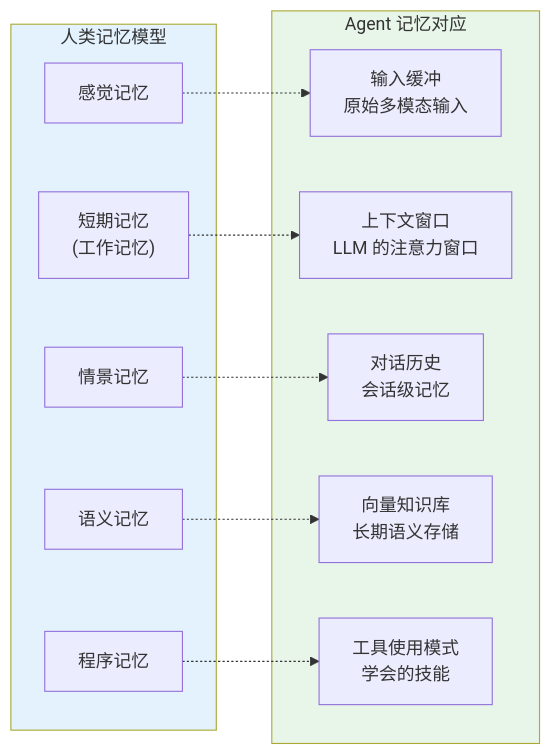
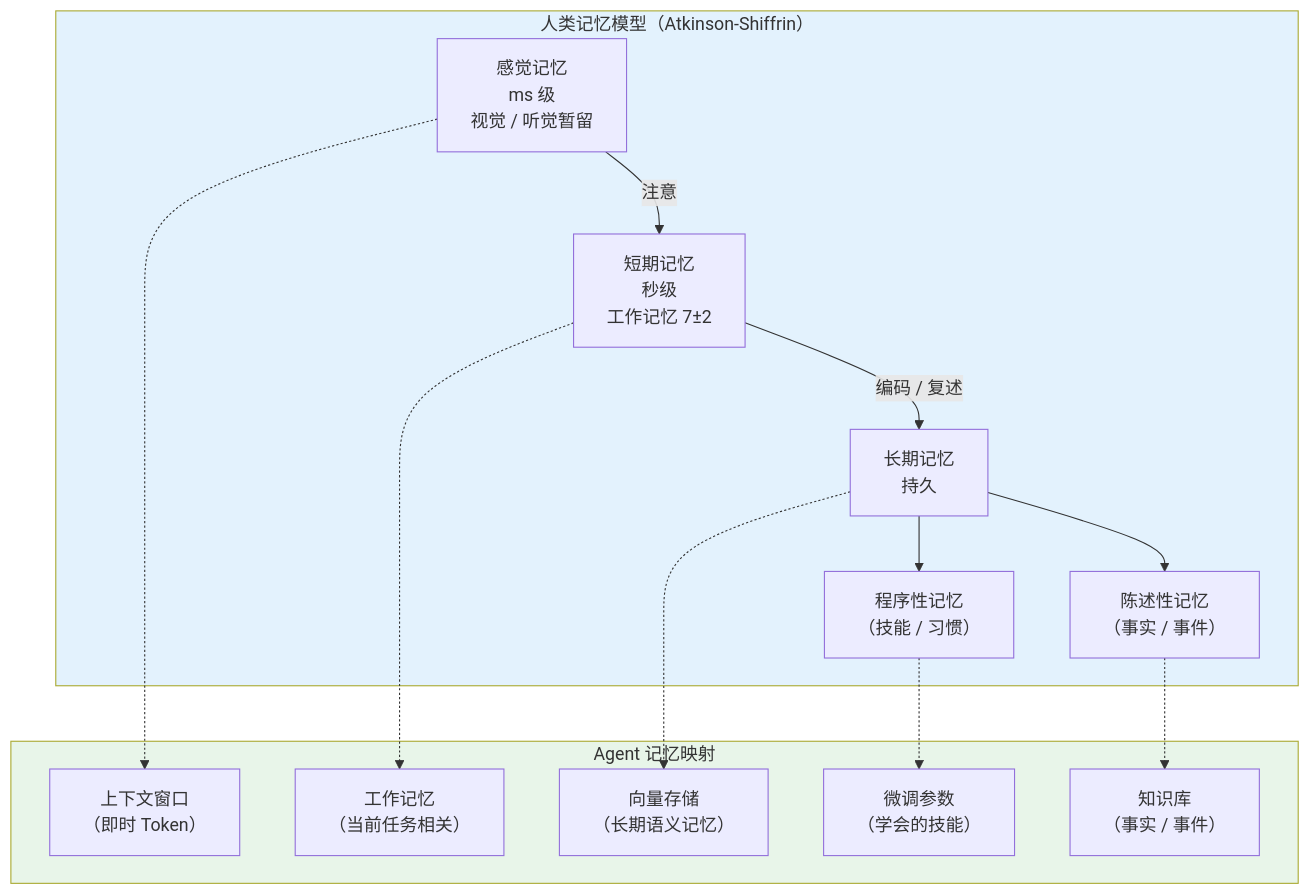
The second of 20 diagrams in docs/前沿/05-Agent记忆前沿.md (UranusGit/java-agent-learn), drawn with Mermaid before and after one commit. The commit also changed other lines of this file and 15 other files, not shown here.

````diff
--- a/docs/前沿/05-Agent记忆前沿.md
+++ b/docs/前沿/05-Agent记忆前沿.md
@@ -44,27 +47,32 @@
 ```mermaid
-graph LR
-    subgraph 人类记忆模型["人类记忆模型"]
-        H1["感觉记忆"]
-        H2["短期记忆<br/>(工作记忆)"]
-        H3["情景记忆"]
-        H4["语义记忆"]
-        H5["程序记忆"]
+graph TB
+    subgraph 人类记忆["人类记忆模型（Atkinson-Shiffrin）"]
+        S1["感觉记忆<br/>ms 级<br/>视觉 / 听觉暂留"]
+        S2["短期记忆<br/>秒级<br/>工作记忆 7±2"]
+        S3["长期记忆<br/>持久"]
+        S4["程序性记忆<br/>（技能 / 习惯）"]
+        S5["陈述性记忆<br/>（事实 / 事件）"]
     end
 
-    subgraph Agent记忆模型["Agent 记忆对应"]
-        A1["输入缓冲<br/>原始多模态输入"]
-        A2["上下文窗口<br/>LLM 的注意力窗口"]
-        A3["对话历史<br/>会话级记忆"]
-        A4["向量知识库<br/>长期语义存储"]
-        A5["工具使用模式<br/>学会的技能"]
+    S1 -->|"注意"| S2
+    S2 -->|"编码 / 复述"| S3
+    S3 --> S4
+    S3 --> S5
+
+    subgraph Agent映射["Agent 记忆映射"]
+        A1["上下文窗口<br/>（即时 Token）"]
+        A2["工作记忆<br/>（当前任务相关）"]
+        A3["向量存储<br/>（长期语义记忆）"]
+        A4["微调参数<br/>（学会的技能）"]
+        A5["知识库<br/>（事实 / 事件）"]
     end
 
-    H1 -.-> A1
-    H2 -.-> A2
-    H3 -.-> A3
-    H4 -.-> A4
-    H5 -.-> A5
+    S1 -.-> A1
+    S2 -.-> A2
+    S3 -.-> A3
+    S4 -.-> A4
+    S5 -.-> A5
 
-    style 人类记忆模型 fill:#e3f2fd
-    style Agent记忆模型 fill:#e8f5e9
+    style 人类记忆 fill:#e3f2fd
+    style Agent映射 fill:#e8f5e9
 ```
````
